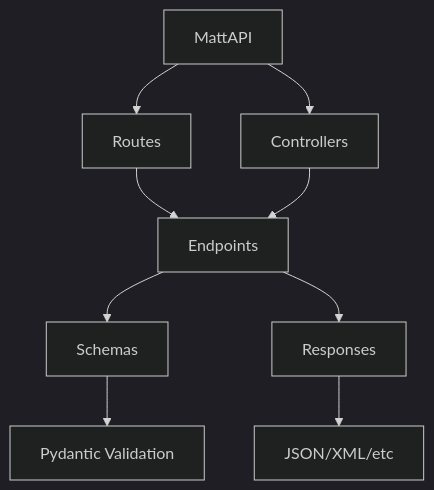
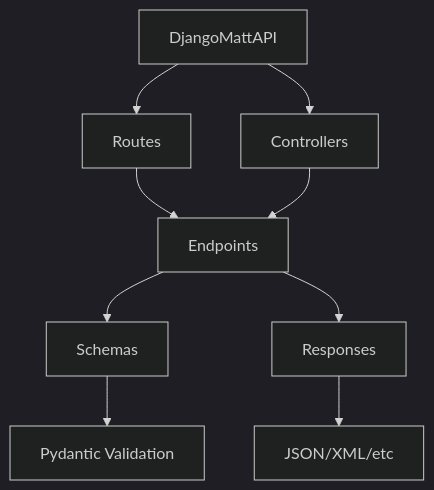
Before and after one commit to mattjaikaran/django-matt: the diagram in docs/core/index.md, drawn with Mermaid (dark theme). The commit also changed other lines of this file and 122 other files, not shown here.

First line of the commit message:
refactor: rename MattAPI to DjangoMattAPI, update controller docs

````diff
--- a/docs/core/index.md
+++ b/docs/core/index.md
@@ -9,11 +9,11 @@
 ```mermaid
 graph TB
-    A[MattAPI] --> B[Routes]
+    A[DjangoMattAPI] --> B[Routes]
     A --> C[Controllers]
     B --> D[Endpoints]
     C --> D
     D --> E[Schemas]
     D --> F[Responses]
     E --> G[Pydantic Validation]
     F --> H[JSON/XML/etc]
 ```
````
